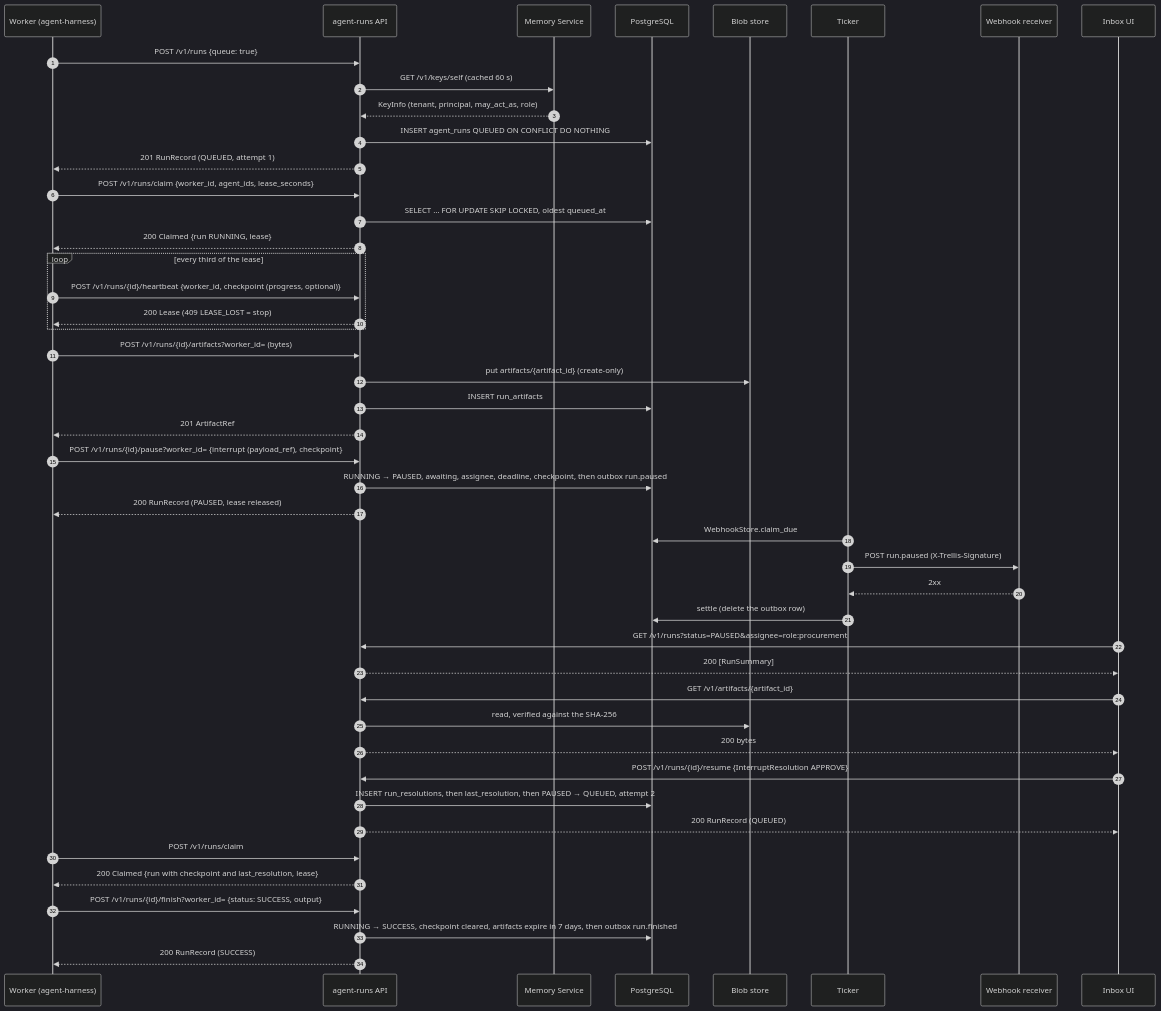
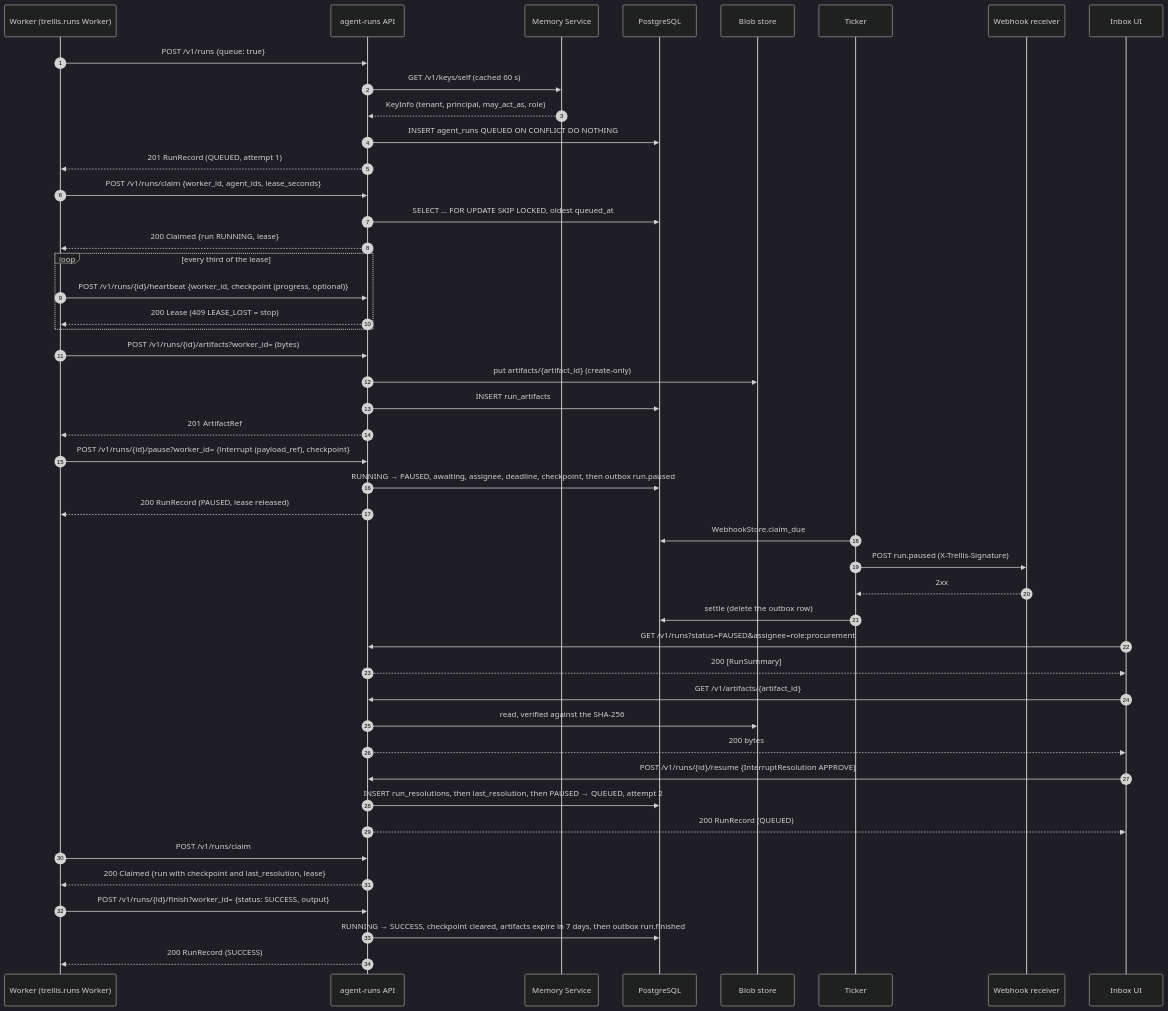
The third of 5 diagrams in docs/ARCHITECTURE.md (amitmohapatra/agent-runs), drawn with Mermaid (dark theme) before and after one commit. The commit also changed other lines of this file and 32 other files, not shown here.

First line of the commit message:
trellis.runs: the Python SDK of agent-runs (trellis-runs 0.3.0), a uv workspace member

````diff
--- a/docs/ARCHITECTURE.md
+++ b/docs/ARCHITECTURE.md
@@ -154,54 +163,54 @@
 ```mermaid
 sequenceDiagram
   autonumber
-  participant W as Worker (agent-harness)
+  participant W as Worker (trellis.runs Worker)
   participant A as agent-runs API
   participant M as Memory Service
   participant DB as PostgreSQL
   participant B as Blob store
   participant T as Ticker
   participant R as Webhook receiver
   participant U as Inbox UI
 
   W->>A: POST /v1/runs {queue: true}
   A->>M: GET /v1/keys/self (cached 60 s)
   M-->>A: KeyInfo (tenant, principal, may_act_as, role)
   A->>DB: INSERT agent_runs QUEUED ON CONFLICT DO NOTHING
   A-->>W: 201 RunRecord (QUEUED, attempt 1)
 
   W->>A: POST /v1/runs/claim {worker_id, agent_ids, lease_seconds}
   A->>DB: SELECT … FOR UPDATE SKIP LOCKED, oldest queued_at
   A-->>W: 200 Claimed {run RUNNING, lease}
   loop every third of the lease
     W->>A: POST /v1/runs/{id}/heartbeat {worker_id, checkpoint (progress, optional)}
     A-->>W: 200 Lease (409 LEASE_LOST = stop)
   end
 
   W->>A: POST /v1/runs/{id}/artifacts?worker_id= (bytes)
   A->>B: put artifacts/{artifact_id} (create-only)
   A->>DB: INSERT run_artifacts
   A-->>W: 201 ArtifactRef
   W->>A: POST /v1/runs/{id}/pause?worker_id= {interrupt (payload_ref), checkpoint}
   A->>DB: RUNNING → PAUSED, awaiting, assignee, deadline, checkpoint, then outbox run.paused
   A-->>W: 200 RunRecord (PAUSED, lease released)
 
   T->>DB: WebhookStore.claim_due
   T->>R: POST run.paused (X-Trellis-Signature)
   R-->>T: 2xx
   T->>DB: settle (delete the outbox row)
 
   U->>A: GET /v1/runs?status=PAUSED&assignee=role:procurement
   A-->>U: 200 [RunSummary]
   U->>A: GET /v1/artifacts/{artifact_id}
   A->>B: read, verified against the SHA-256
   A-->>U: 200 bytes
   U->>A: POST /v1/runs/{id}/resume {InterruptResolution APPROVE}
   A->>DB: INSERT run_resolutions, then last_resolution, then PAUSED → QUEUED, attempt 2
   A-->>U: 200 RunRecord (QUEUED)
 
   W->>A: POST /v1/runs/claim
   A-->>W: 200 Claimed {run with checkpoint and last_resolution, lease}
   W->>A: POST /v1/runs/{id}/finish?worker_id= {status: SUCCESS, output}
   A->>DB: RUNNING → SUCCESS, checkpoint cleared, artifacts expire in 7 days, then outbox run.finished
   A-->>W: 200 RunRecord (SUCCESS)
 ```
````
